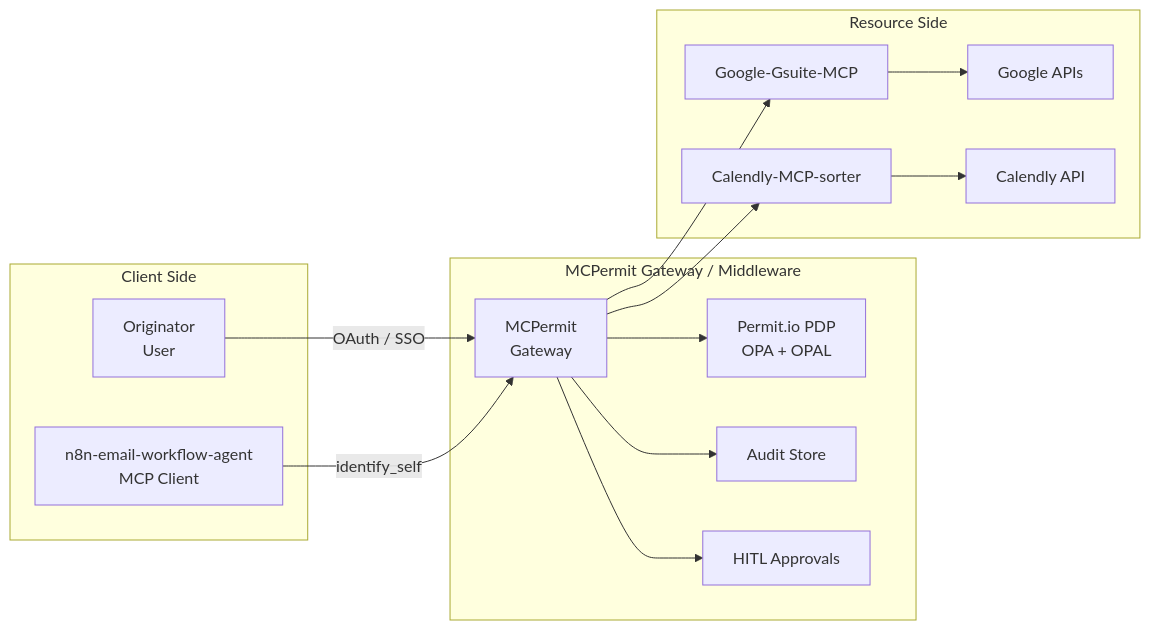
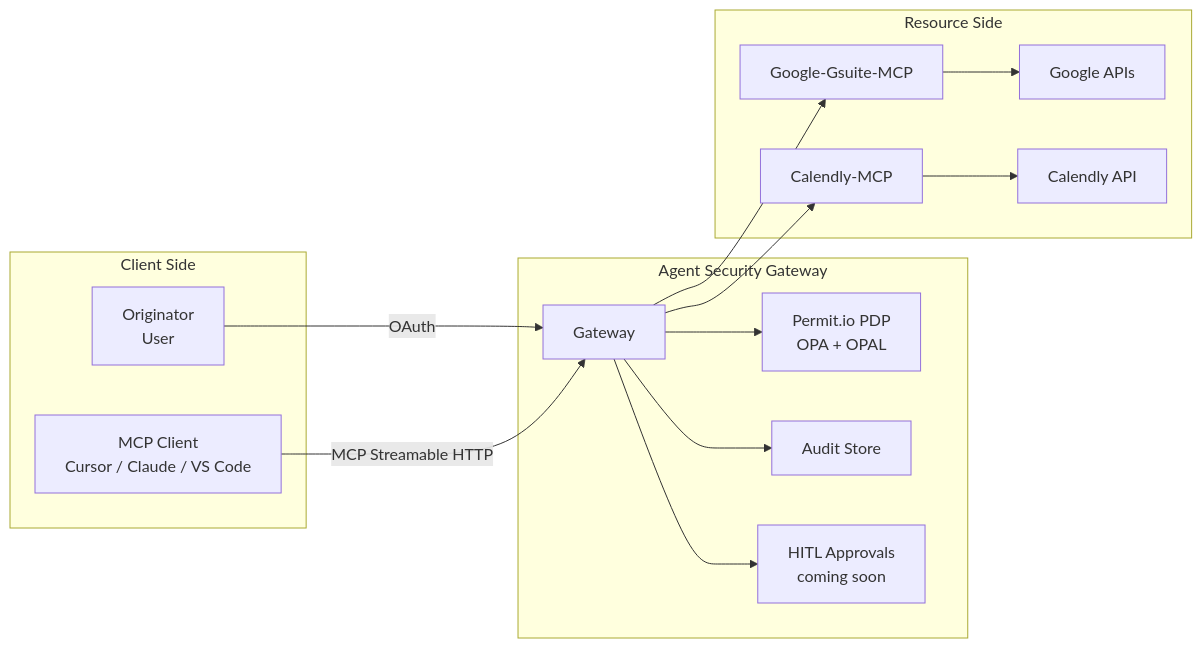
The first of 4 diagrams in docs/ai-security/mcp-permissions/architecture.mdx (permitio/docs), drawn with Mermaid before and after one commit. The commit also changed other lines of this file and 5 other files, not shown here.

First line of the commit message:
Refactor MCP Permissions documentation to Agent Security terminology

````diff
--- a/docs/ai-security/mcp-permissions/architecture.mdx
+++ b/docs/ai-security/mcp-permissions/architecture.mdx
@@ -28,31 +23,31 @@
 ```mermaid
 graph LR
     subgraph Client Side
         UA[Originator<br/>User]
-        AGT[n8n-email-workflow-agent<br/>MCP Client]
+        AGT[MCP Client<br/>Cursor / Claude / VS Code]
     end
 
-    subgraph MCPermit Gateway / Middleware
-        GW[MCPermit<br/>Gateway]
+    subgraph Agent Security Gateway
+        GW[Gateway]
         PDP[Permit.io PDP<br/>OPA + OPAL]
         LOGS[Audit Store]
-        HIL[HITL Approvals]
+        HIL[HITL Approvals<br/>coming soon]
     end
 
     subgraph Resource Side
         MCP1[Google-Gsuite-MCP]
-        MCP2[Calendly-MCP-sorter]
+        MCP2[Calendly-MCP]
         SVC1[Google APIs]
         SVC2[Calendly API]
     end
 
-    UA -->|OAuth / SSO| GW
-    AGT -->|identify_self| GW
+    UA -->|OAuth| GW
+    AGT -->|MCP Streamable HTTP| GW
     GW --> PDP
     GW --> LOGS
     GW --> HIL
     GW --> MCP1
     GW --> MCP2
     MCP1 --> SVC1
     MCP2 --> SVC2
 ```
````
